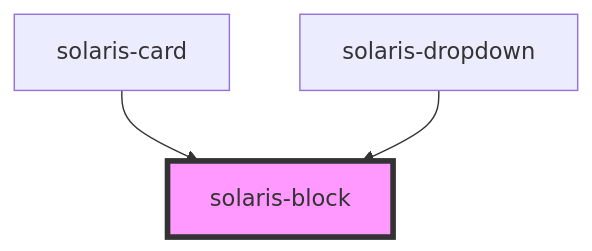
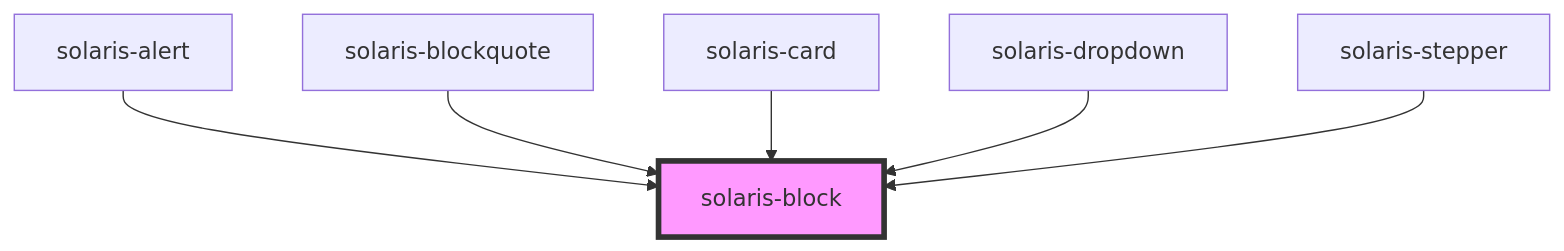
The diagram in packages/stencil-library/src/components/solaris-block/readme.md (Lynxgsm/solaris-design-system), drawn with Mermaid before and after one commit. The commit also changed other lines of this file and 22 other files, not shown here.

````diff
--- a/packages/stencil-library/src/components/solaris-block/readme.md
+++ b/packages/stencil-library/src/components/solaris-block/readme.md
@@ -23,6 +26,9 @@
 ```mermaid
 graph TD;
+  solaris-alert --> solaris-block
+  solaris-blockquote --> solaris-block
   solaris-card --> solaris-block
   solaris-dropdown --> solaris-block
+  solaris-stepper --> solaris-block
   style solaris-block fill:#f9f,stroke:#333,stroke-width:4px
 ```
````
